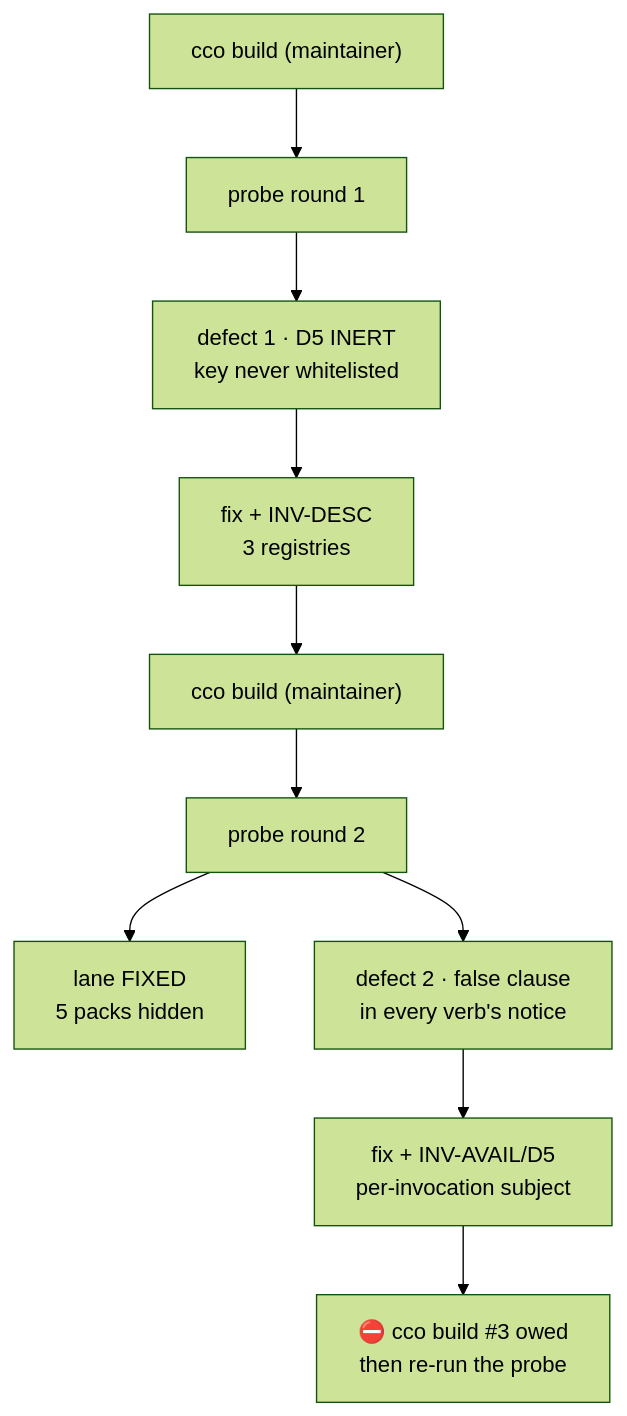
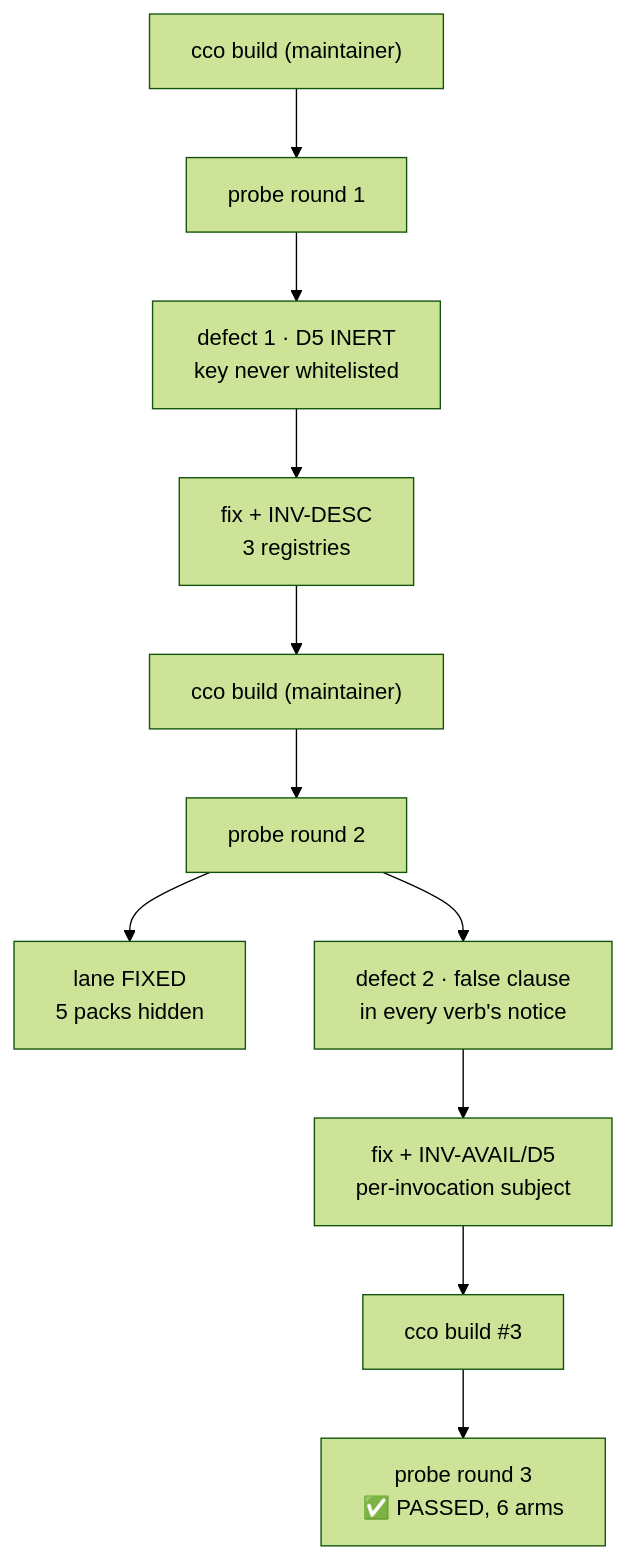
Before and after one commit to alergyonthestage/claude-orchestrator: the diagram in docs/maintainers/handoff.md, drawn with Mermaid (forest theme). The commit also changed other lines of this file and 2 other files, not shown here.

````diff
--- a/docs/maintainers/handoff.md
+++ b/docs/maintainers/handoff.md
@@ -15,12 +16,13 @@
 ```mermaid
 flowchart TD
   B["cco build (maintainer)"] --> P1["probe round 1"]
   P1 --> D1["defect 1 · D5 INERT<br/>key never whitelisted"]
   D1 --> F1["fix + INV-DESC<br/>3 registries"]
   F1 --> B2["cco build (maintainer)"]
   B2 --> P2["probe round 2"]
   P2 --> OK["lane FIXED<br/>5 packs hidden"]
   P2 --> D2["defect 2 · false clause<br/>in every verb's notice"]
   D2 --> F2["fix + INV-AVAIL/D5<br/>per-invocation subject"]
-  F2 --> B3["⛔ cco build #3 owed<br/>then re-run the probe"]
+  F2 --> B3["cco build #3"]
+  B3 --> P3["probe round 3<br/>✅ PASSED, 6 arms"]
 ```
````
